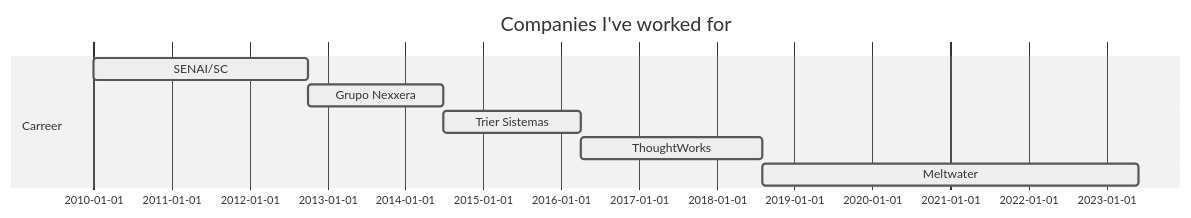
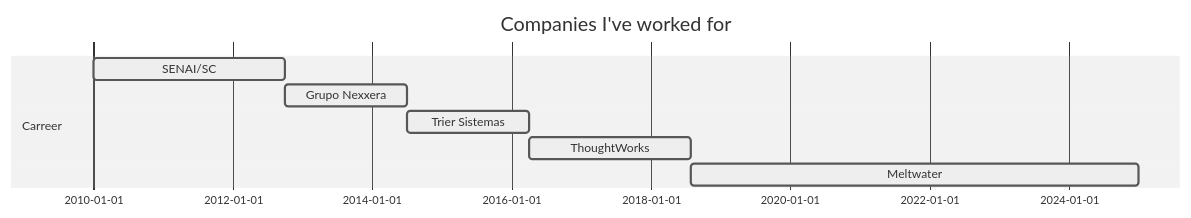
Before and after one commit to henriquelbsouza/henriquelbsouza: the diagram in README.md, drawn with Mermaid (neutral theme).

````diff
--- a/README.md
+++ b/README.md
@@ -29,14 +29,14 @@
 ```mermaid
 
 gantt
 dateFormat  YYYY-MM-DD
 todayMarker off
 title Companies I've worked for
 
 section Carreer
 SENAI/SC           :active,, 2010-01-01,2012-10-01
 Grupo Nexxera                    :active,, 2012-10-01,2014-07-01
 Trier Sistemas                         :active,, 2014-07-01,2016-04-01
 ThoughtWorks               :active,, 2016-04-01,2018-08-01
-Meltwater                           :active,, 2018-08-01,2023-06-01
+Meltwater                           :active,, 2018-08-01,2025-01-01
 ```
````
